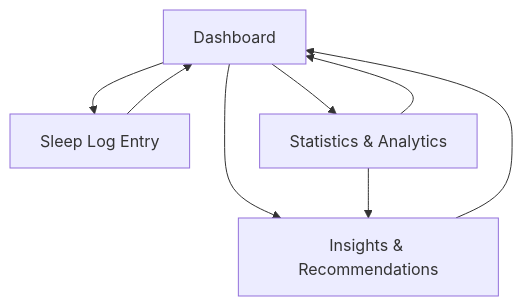
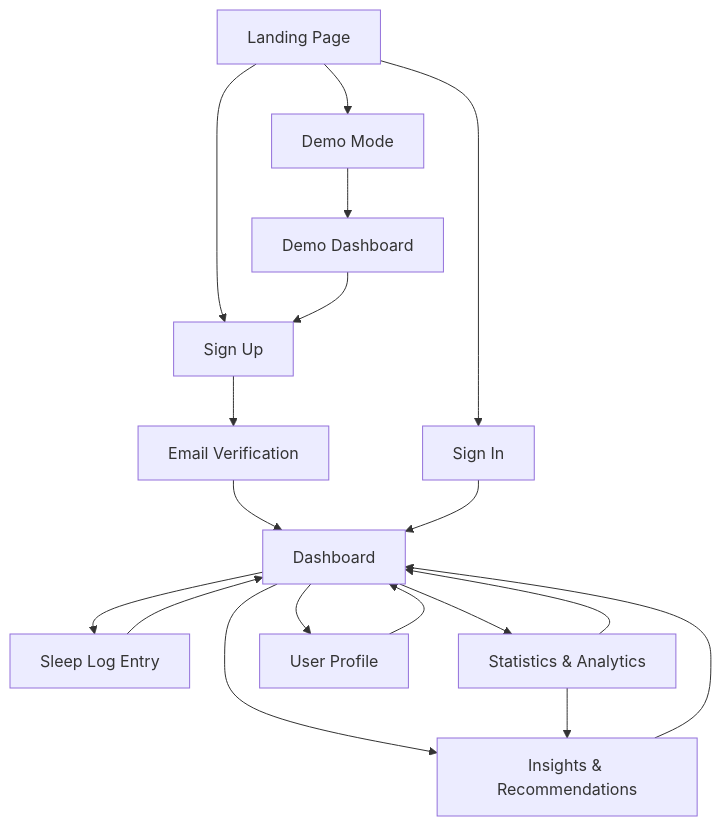
One commit to ambershen/sleep-tracker changed the diagram in .trae/documents/sleep_tracker_requirements.md. Above: the diagram before and after it, drawn with Mermaid. The commit also changed other lines of this file and 42 other files, not shown here.

````diff
--- a/.trae/documents/sleep_tracker_requirements.md
+++ b/.trae/documents/sleep_tracker_requirements.md
@@ -52,10 +76,20 @@
 ```mermaid
 graph TD
-  A[Dashboard] --> B[Sleep Log Entry]
-  A --> C[Statistics & Analytics]
-  A --> D[Insights & Recommendations]
-  B --> A
-  C --> A
-  D --> A
-  C --> D
+  A[Landing Page] --> B[Sign Up]
+  A --> C[Sign In]
+  A --> D[Demo Mode]
+  B --> E[Email Verification]
+  E --> F[Dashboard]
+  C --> F[Dashboard]
+  D --> G[Demo Dashboard]
+  G --> B
+  F --> H[Sleep Log Entry]
+  F --> I[Statistics & Analytics]
+  F --> J[Insights & Recommendations]
+  F --> K[User Profile]
+  H --> F
+  I --> F
+  J --> F
+  K --> F
+  I --> J
 ```
````
